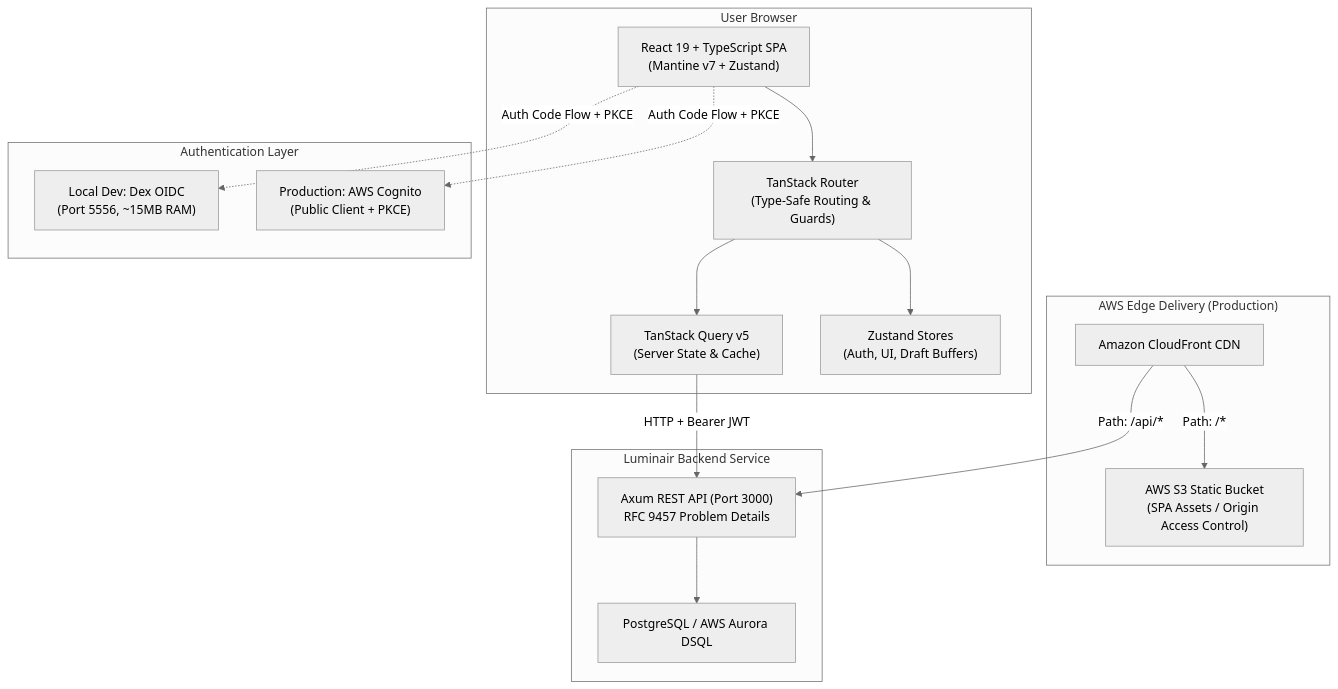
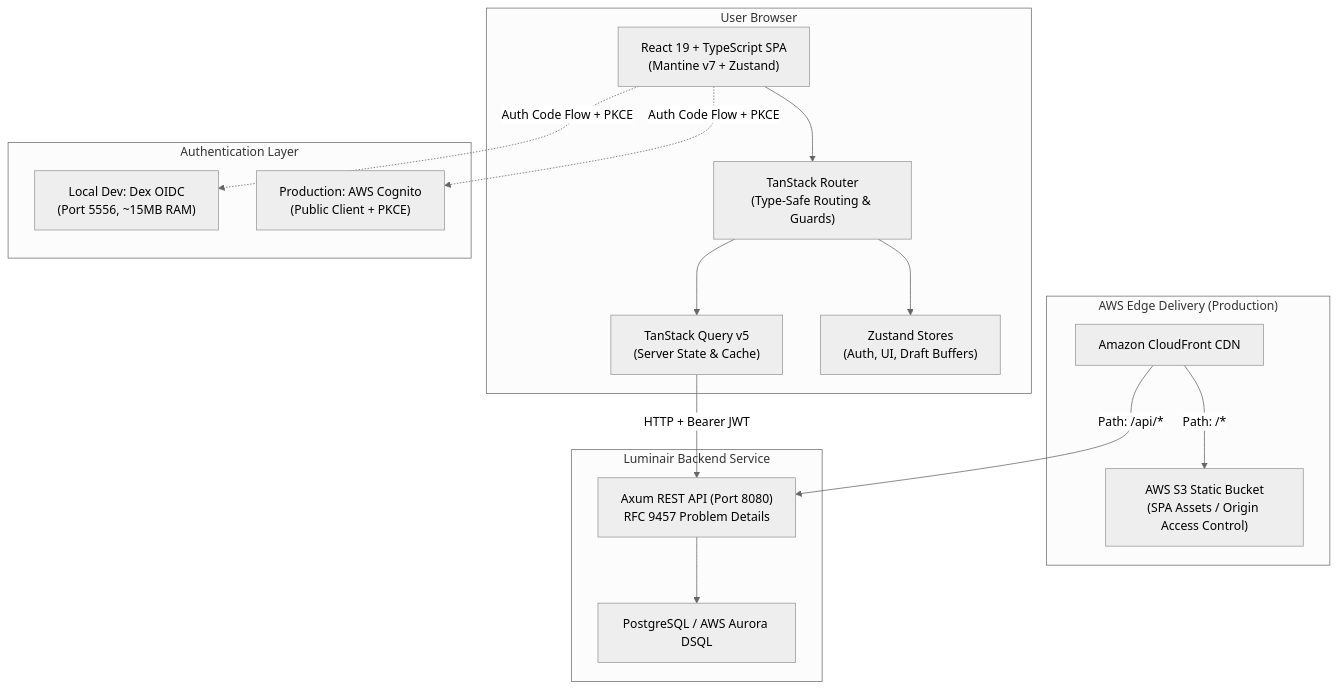
The first of 2 diagrams in docs/ui-architecture.md (luminair-cms/luminair-system), drawn with Mermaid (neutral theme) before and after one commit. The commit also changed other lines of this file and 61 other files, not shown here.

````diff
--- a/docs/ui-architecture.md
+++ b/docs/ui-architecture.md
@@ -7,37 +7,37 @@
 ```mermaid
 flowchart TD
     subgraph Browser["User Browser"]
         SPA["React 19 + TypeScript SPA<br/>(Mantine v7 + Zustand)"]
         Router["TanStack Router<br/>(Type-Safe Routing & Guards)"]
         Query["TanStack Query v5<br/>(Server State & Cache)"]
         Store["Zustand Stores<br/>(Auth, UI, Draft Buffers)"]
     end
 
     subgraph AuthLayer["Authentication Layer"]
         Dex["Local Dev: Dex OIDC<br/>(Port 5556, ~15MB RAM)"]
         Cognito["Production: AWS Cognito<br/>(Public Client + PKCE)"]
     end
 
     subgraph Edge["AWS Edge Delivery (Production)"]
         CloudFront["Amazon CloudFront CDN"]
         S3["AWS S3 Static Bucket<br/>(SPA Assets / Origin Access Control)"]
     end
 
     subgraph Backend["Luminair Backend Service"]
-        Axum["Axum REST API (Port 3000)<br/>RFC 9457 Problem Details"]
+        Axum["Axum REST API (Port 8080)<br/>RFC 9457 Problem Details"]
         DSQL["PostgreSQL / AWS Aurora DSQL"]
     end
 
     SPA --> Router
     Router --> Query
     Router --> Store
 
     SPA -.->|Auth Code Flow + PKCE| Dex
     SPA -.->|Auth Code Flow + PKCE| Cognito
 
     CloudFront -->|Path: /*| S3
     CloudFront -->|Path: /api/*| Axum
 
     Query -->|HTTP + Bearer JWT| Axum
     Axum --> DSQL
 ```
````
